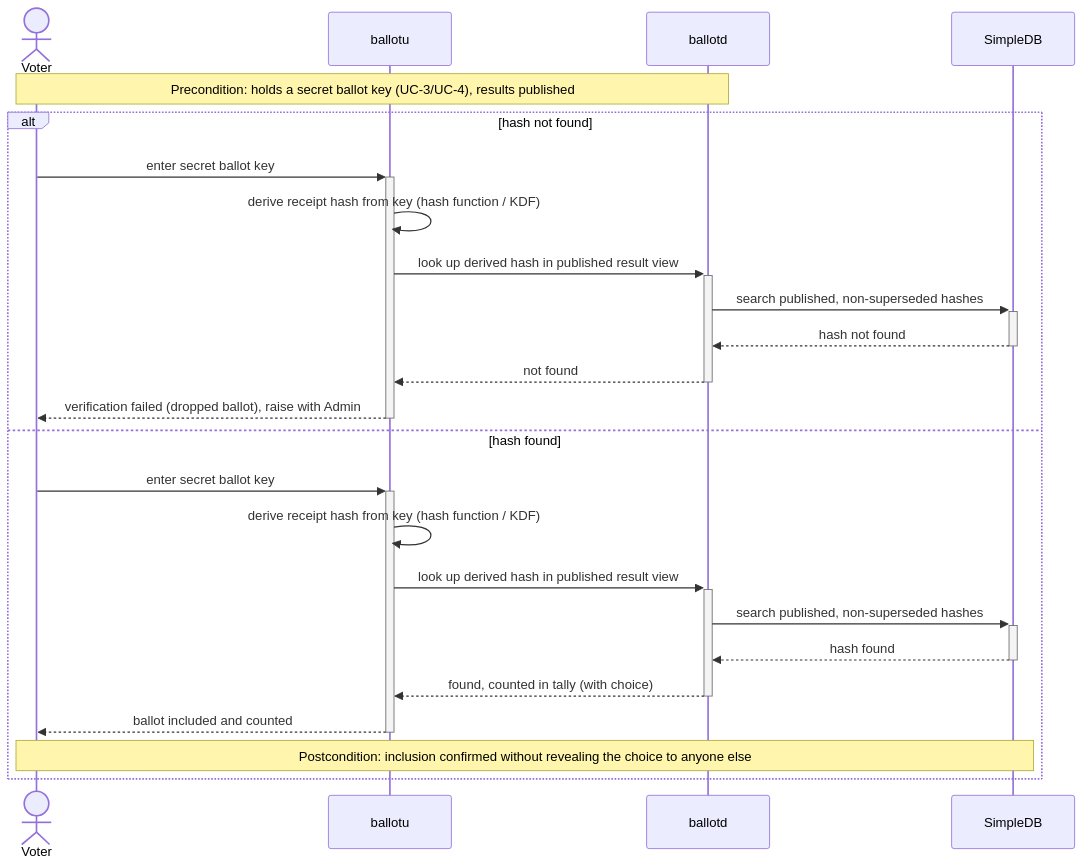
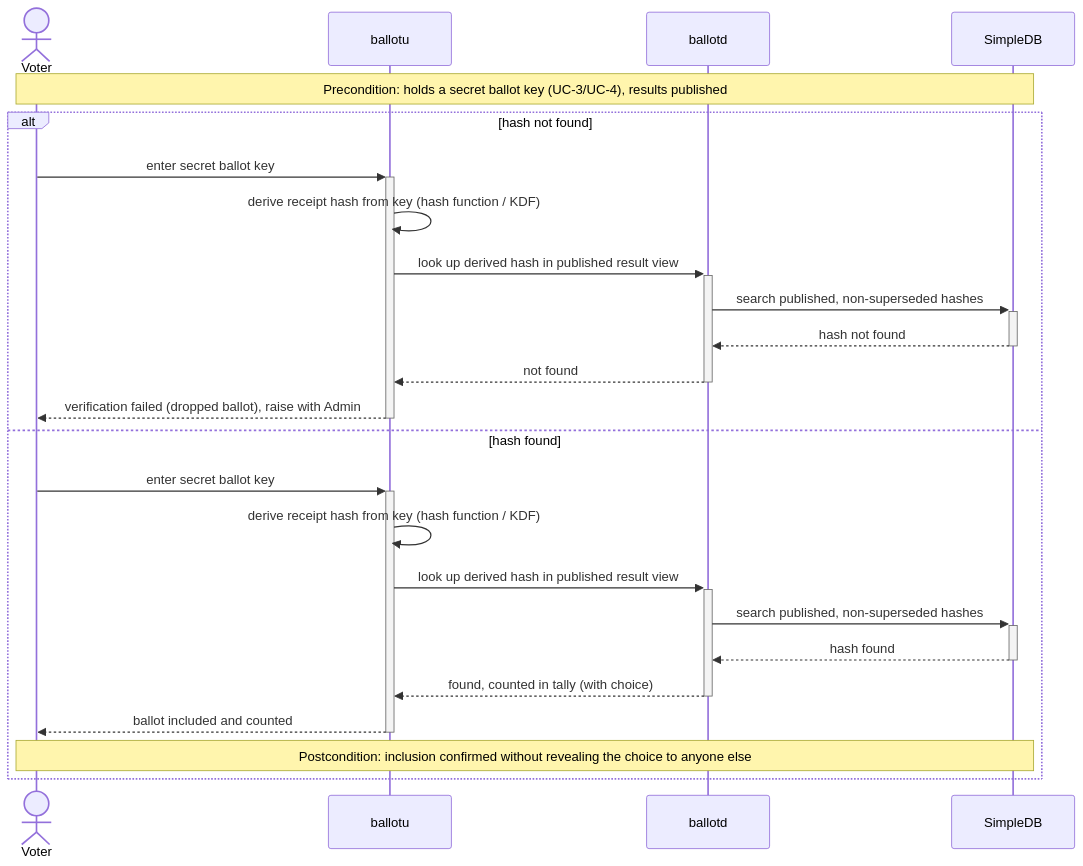
One commit to JediNakDev/ballotbox changed the seventh of 11 diagrams in README.md. Above: the diagram before and after it, drawn with Mermaid. The commit also changed other lines of this file, not shown here.

````diff
--- a/README.md
+++ b/README.md
@@ -415,28 +415,28 @@
 ```mermaid
 sequenceDiagram
     actor Voter
     participant ballotu
     participant ballotd
     participant SimpleDB
 
-    note over Voter,ballotd: Precondition: holds a secret ballot key (UC-3/UC-4), results published
+    note over Voter, SimpleDB: Precondition: holds a secret ballot key (UC-3/UC-4), results published
 
     alt hash not found
         Voter->>+ballotu: enter secret ballot key
         ballotu->>ballotu: derive receipt hash from key (hash function / KDF)
         ballotu->>+ballotd: look up derived hash in published result view
         ballotd->>+SimpleDB: search published, non-superseded hashes
         SimpleDB-->>-ballotd: hash not found
         ballotd-->>-ballotu: not found
         ballotu-->>-Voter: verification failed (dropped ballot), raise with Admin
     else hash found
         Voter->>+ballotu: enter secret ballot key
         ballotu->>ballotu: derive receipt hash from key (hash function / KDF)
         ballotu->>+ballotd: look up derived hash in published result view
         ballotd->>+SimpleDB: search published, non-superseded hashes
         SimpleDB-->>-ballotd: hash found
         ballotd-->>-ballotu: found, counted in tally (with choice)
         ballotu-->>-Voter: ballot included and counted
         note over Voter,SimpleDB: Postcondition: inclusion confirmed without revealing the choice to anyone else
     end
 ```
````
